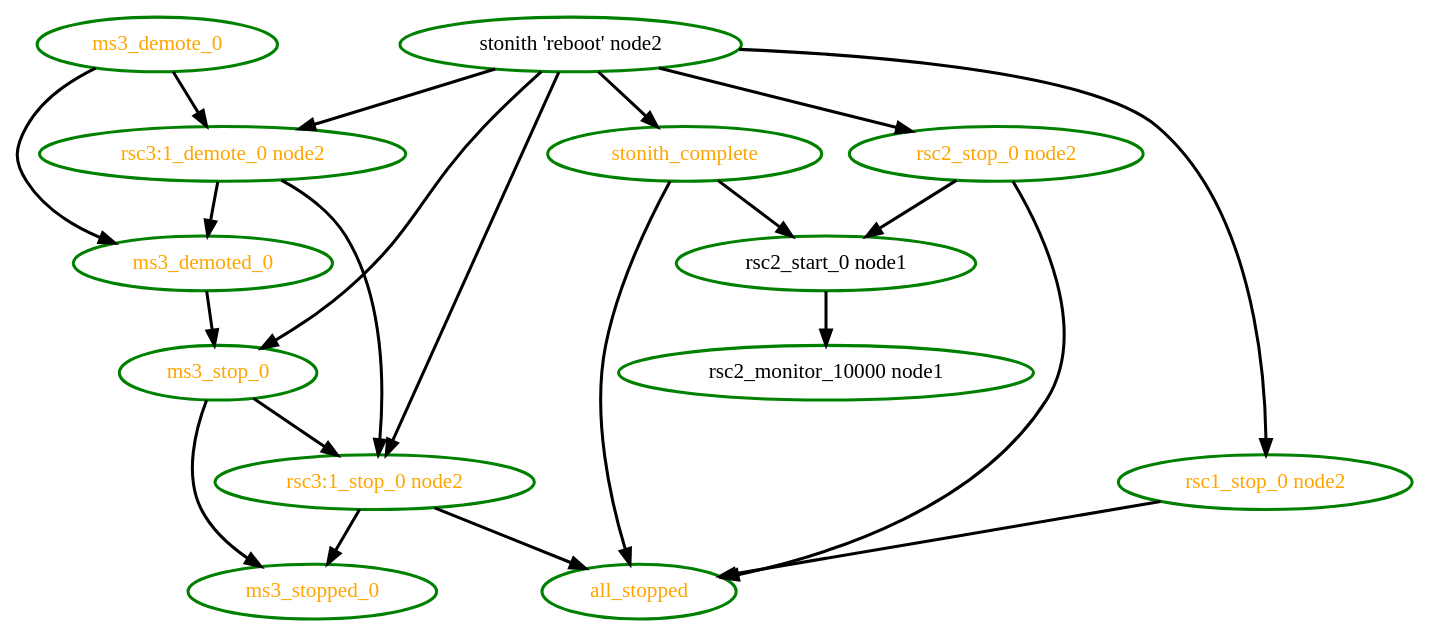
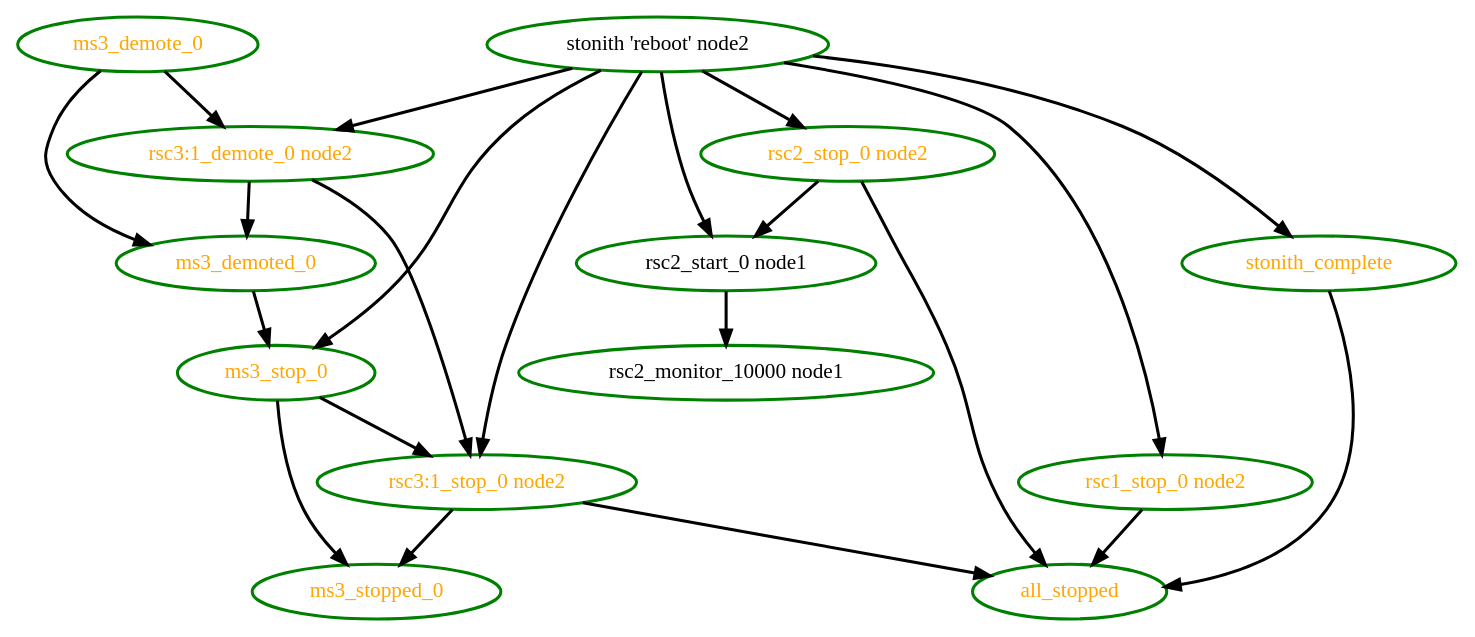
The diagram in cts/scheduler/bug-lf-2606.dot (ClusterLabs/pacemaker), drawn with Graphviz before and after one commit. The commit also changed 144 other files, not shown here.

```diff
--- a/cts/scheduler/bug-lf-2606.dot
+++ b/cts/scheduler/bug-lf-2606.dot
@@ -1,36 +1,36 @@
 digraph "g" {
 "all_stopped" [ style=bold color="green" fontcolor="orange"]
 "ms3_demote_0" -> "ms3_demoted_0" [ style = bold]
 "ms3_demote_0" -> "rsc3:1_demote_0 node2" [ style = bold]
 "ms3_demote_0" [ style=bold color="green" fontcolor="orange"]
 "ms3_demoted_0" -> "ms3_stop_0" [ style = bold]
 "ms3_demoted_0" [ style=bold color="green" fontcolor="orange"]
 "ms3_stop_0" -> "ms3_stopped_0" [ style = bold]
 "ms3_stop_0" -> "rsc3:1_stop_0 node2" [ style = bold]
 "ms3_stop_0" [ style=bold color="green" fontcolor="orange"]
 "ms3_stopped_0" [ style=bold color="green" fontcolor="orange"]
 "rsc1_stop_0 node2" -> "all_stopped" [ style = bold]
 "rsc1_stop_0 node2" [ style=bold color="green" fontcolor="orange"]
 "rsc2_monitor_10000 node1" [ style=bold color="green" fontcolor="black"]
 "rsc2_start_0 node1" -> "rsc2_monitor_10000 node1" [ style = bold]
 "rsc2_start_0 node1" [ style=bold color="green" fontcolor="black"]
 "rsc2_stop_0 node2" -> "all_stopped" [ style = bold]
 "rsc2_stop_0 node2" -> "rsc2_start_0 node1" [ style = bold]
 "rsc2_stop_0 node2" [ style=bold color="green" fontcolor="orange"]
 "rsc3:1_demote_0 node2" -> "ms3_demoted_0" [ style = bold]
 "rsc3:1_demote_0 node2" -> "rsc3:1_stop_0 node2" [ style = bold]
 "rsc3:1_demote_0 node2" [ style=bold color="green" fontcolor="orange"]
 "rsc3:1_stop_0 node2" -> "all_stopped" [ style = bold]
 "rsc3:1_stop_0 node2" -> "ms3_stopped_0" [ style = bold]
 "rsc3:1_stop_0 node2" [ style=bold color="green" fontcolor="orange"]
 "stonith 'reboot' node2" -> "ms3_stop_0" [ style = bold]
 "stonith 'reboot' node2" -> "rsc1_stop_0 node2" [ style = bold]
+"stonith 'reboot' node2" -> "rsc2_start_0 node1" [ style = bold]
 "stonith 'reboot' node2" -> "rsc2_stop_0 node2" [ style = bold]
 "stonith 'reboot' node2" -> "rsc3:1_demote_0 node2" [ style = bold]
 "stonith 'reboot' node2" -> "rsc3:1_stop_0 node2" [ style = bold]
 "stonith 'reboot' node2" -> "stonith_complete" [ style = bold]
 "stonith 'reboot' node2" [ style=bold color="green" fontcolor="black"]
 "stonith_complete" -> "all_stopped" [ style = bold]
-"stonith_complete" -> "rsc2_start_0 node1" [ style = bold]
 "stonith_complete" [ style=bold color="green" fontcolor="orange"]
 }
```
